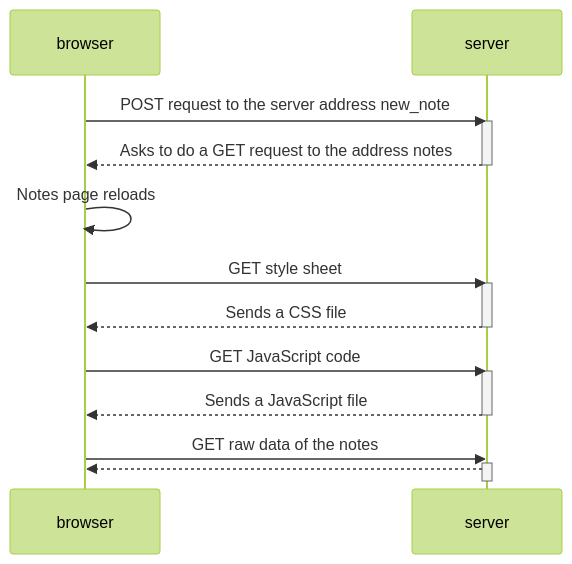
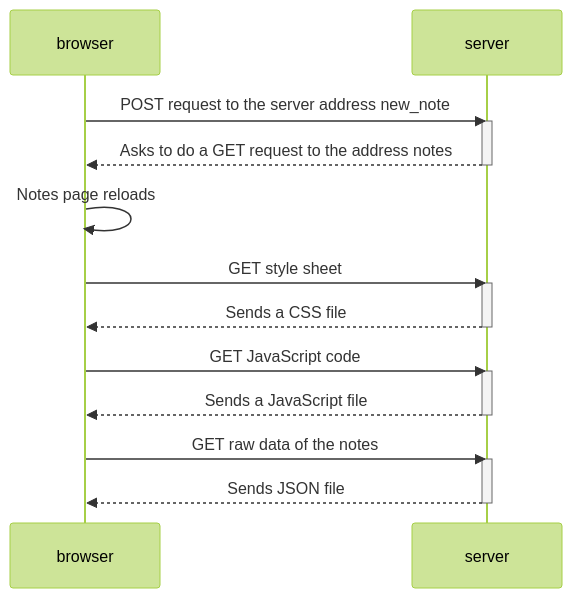
The diagram in Part0.md (early-dew/FullStackOpen), drawn with Mermaid (forest theme) before and after one commit.

````diff
--- a/Part0.md
+++ b/Part0.md
@@ -1,22 +1,22 @@
 ```mermaid
 sequenceDiagram
  participant browser
  participant server
  browser->>server: POST request to the server address new_note
  activate server
  server-->>browser:  Asks to do a GET request to the address notes
  deactivate server
  browser->>browser: Notes page reloads
  browser->>server: GET style sheet
  activate server
  server-->>browser: Sends a CSS file
  deactivate server
  browser->>server: GET JavaScript code
  activate server
  server-->>browser: Sends a JavaScript file
  deactivate server
  browser->>server: GET raw data of the notes
  activate server
- server-->>browser: 
+ server-->>browser: Sends JSON file
  deactivate server
 ```
````
